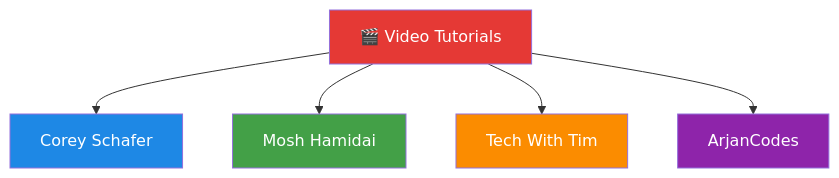
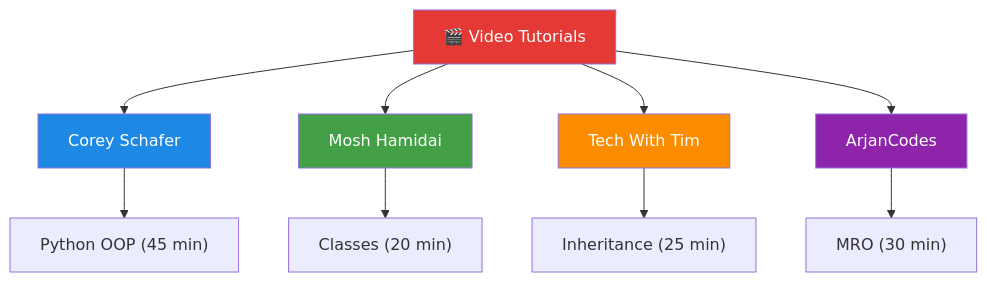
Before and after one commit to Lagmouchyoussef/Python-Practical-Works: diagram 19 of 21 in README.md, drawn with Mermaid. The commit also changed other lines of this file, not shown here.

````diff
--- a/README.md
+++ b/README.md
@@ -459,13 +500,18 @@
 ```mermaid
 graph TD
     V[🎬 Video Tutorials] --> V1[Corey Schafer]
     V --> V2[Mosh Hamidai]
     V --> V3[Tech With Tim]
     V --> V4[ArjanCodes]
     
+    V1 --> D1["Python OOP (45 min)"]
+    V2 --> D2["Classes (20 min)"]
+    V3 --> D3["Inheritance (25 min)"]
+    V4 --> D4["MRO (30 min)"]
+    
     style V fill:#e53935,color:#fff
     style V1 fill:#1e88e5,color:#fff
     style V2 fill:#43a047,color:#fff
     style V3 fill:#fb8c00,color:#fff
     style V4 fill:#8e24aa,color:#fff
 ```
````
